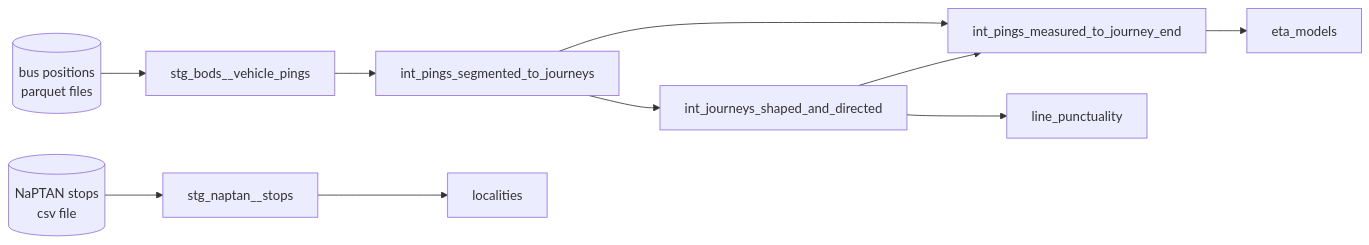
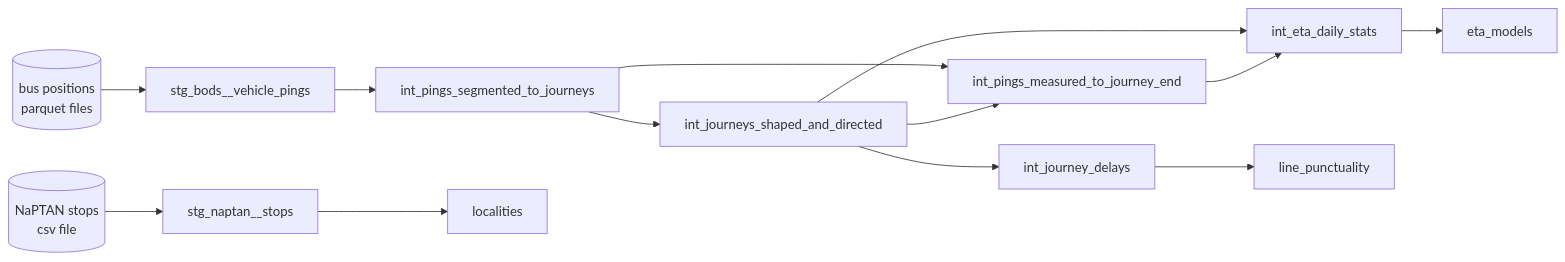
Before and after one commit to wraith-proxy/wraith-bus-ingestor: the diagram in docs/learn-dbt/3-ref-and-the-graph.md, drawn with Mermaid. The commit also changed other lines of this file and 25 other files, not shown here.

First line of the commit message:
:sparkles: feature/TJP-25102: ETA and punctuality from daily history tables, so old pings need not stay on the SSD

````diff
--- a/docs/learn-dbt/3-ref-and-the-graph.md
+++ b/docs/learn-dbt/3-ref-and-the-graph.md
@@ -72,12 +72,15 @@
 ```mermaid
 flowchart LR
     P[("bus positions<br/>parquet files")] --> S1[stg_bods__vehicle_pings]
     N[("NaPTAN stops<br/>csv file")] --> S2[stg_naptan__stops]
     S1 --> I1[int_pings_segmented_to_journeys]
     I1 --> I2[int_journeys_shaped_and_directed]
     I1 --> I3[int_pings_measured_to_journey_end]
     I2 --> I3
-    I2 --> M2[line_punctuality]
-    I3 --> M3[eta_models]
+    I2 --> I4[int_eta_daily_stats]
+    I3 --> I4
+    I2 --> I5[int_journey_delays]
+    I5 --> M2[line_punctuality]
+    I4 --> M3[eta_models]
     S2 --> M1[localities]
 ```
````
